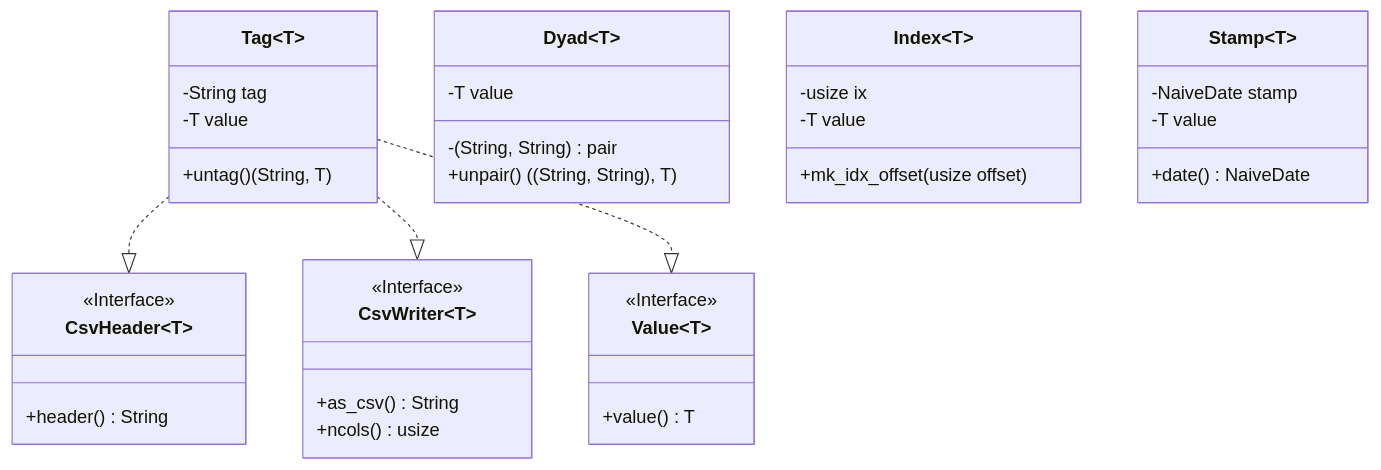
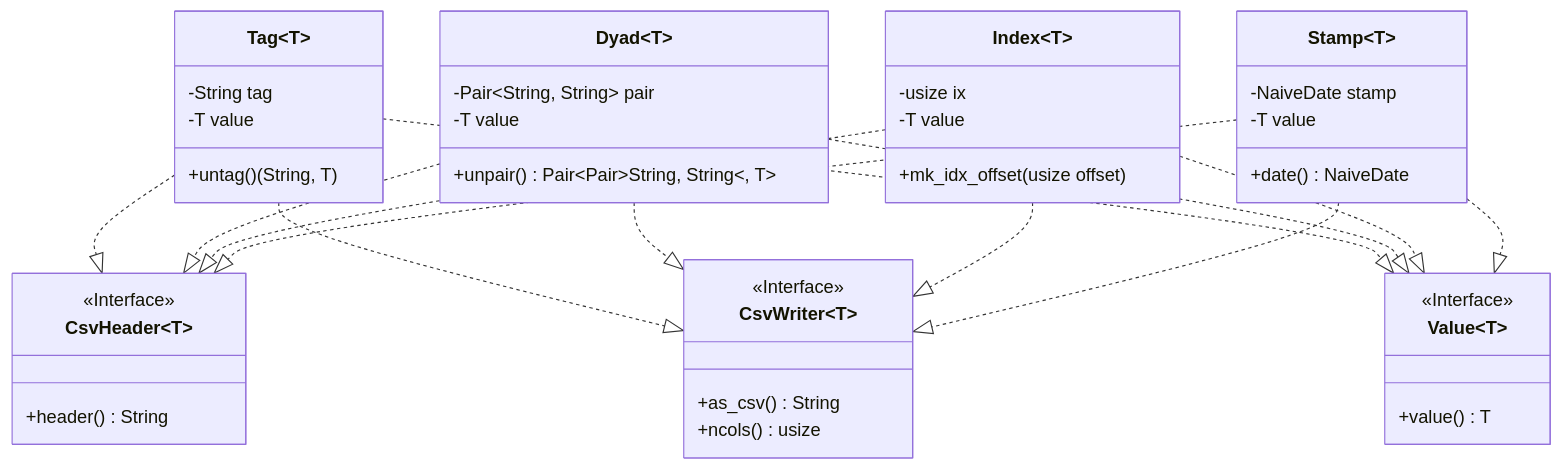
The diagram in src/libs/book/types/README.md (logicalgraphs/crypto-n-rust), drawn with Mermaid before and after one commit.

Commit message:
replaced () with Pair; added inheritance links, 2026-01-25

````diff
--- a/src/libs/book/types/README.md
+++ b/src/libs/book/types/README.md
@@ -6,40 +6,49 @@
 ```mermaid
 classDiagram
 
 	class CsvHeader~T~{
 		<<Interface>>
 		+header() String
 	}
 	class CsvWriter~T~{
 		<<Interface>>
 		+as_csv() String
 		+ncols() usize
 	}
         class Value~T~{
 		<<Interface>>
                 +value() T
         }
 	class Tag~T~{
 		-String tag
 		-T value
                 +untag() (String, T)
 	}
 	class Dyad~T~{
-		-(String, String) pair
+		-Pair~String, String~ pair
 		-T value
-		+unpair() ((String, String), T)
+		+unpair() Pair~Pair~String, String~, T~
 	}
 	class Index~T~{
 		-usize ix
 		-T value
 		+mk_idx_offset(usize offset)
 	}
         class Stamp~T~{
 		-NaiveDate stamp
 		-T value
 		+date() NaiveDate
 	}
 	Tag~T~ ..|> CsvHeader~T~
 	Tag~T~ ..|> CsvWriter~T~
 	Tag~T~ ..|> Value~T~
+	Dyad~T~ ..|> CsvHeader~T~
+	Dyad~T~ ..|> CsvWriter~T~
+	Dyad~T~ ..|> Value~T~
+	Index~T~ ..|> CsvHeader~T~
+	Index~T~ ..|> CsvWriter~T~
+	Index~T~ ..|> Value~T~
+	Stamp~T~ ..|> CsvHeader~T~
+	Stamp~T~ ..|> CsvWriter~T~
+	Stamp~T~ ..|> Value~T~
 ```
````
